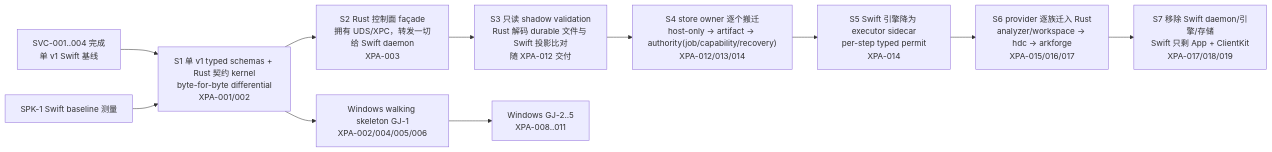
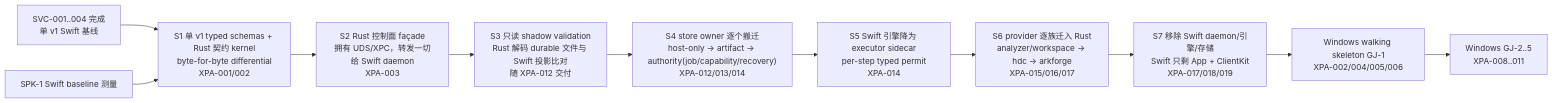
One commit to ArkDeck/ArkDeck changed the fifth of 6 diagrams in docs/design/cross-platform/rust-core-cross-platform-architecture.md. Above: the diagram before and after it, drawn with Mermaid. The commit also changed other lines of this file and 4 other files, not shown here.

````diff
--- a/docs/design/cross-platform/rust-core-cross-platform-architecture.md
+++ b/docs/design/cross-platform/rust-core-cross-platform-architecture.md
@@ -476,13 +476,13 @@
 ```mermaid
 flowchart LR
   SV["SVC-001..004 完成<br/>单 v1 Swift 基线"] --> S1["S1 单 v1 typed schemas + Rust 契约 kernel<br/>byte-for-byte differential<br/>XPA-001/002"]
   S0["SPK-1 Swift baseline 测量"] --> S1
   S1 --> S2["S2 Rust 控制面 façade<br/>拥有 UDS/XPC，转发一切给 Swift daemon<br/>XPA-003"]
   S2 --> S3["S3 只读 shadow validation<br/>Rust 解码 durable 文件与 Swift 投影比对<br/>随 XPA-012 交付"]
   S3 --> S4["S4 store owner 逐个搬迁<br/>host-only → artifact → authority(job/capability/recovery)<br/>XPA-012/013/014"]
   S4 --> S5["S5 Swift 引擎降为 executor sidecar<br/>per-step typed permit<br/>XPA-014"]
   S5 --> S6["S6 provider 逐族迁入 Rust<br/>analyzer/workspace → hdc → arkforge<br/>XPA-015/016/017"]
   S6 --> S7["S7 移除 Swift daemon/引擎/存储<br/>Swift 只剩 App + ClientKit<br/>XPA-017/018/019"]
   W1["Windows walking skeleton GJ-1<br/>XPA-002/004/005/006"] --> W2["Windows GJ-2..5<br/>XPA-008..011"]
-  S1 --> W1
+  S7 --> W1
 ```
````
